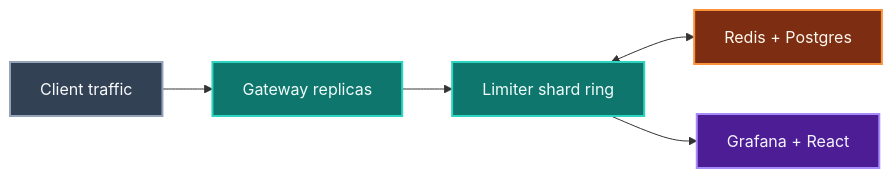
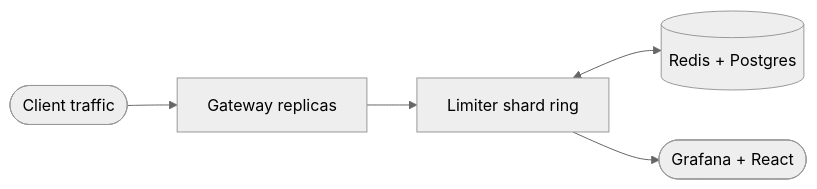
The diagram in README.md (Git-ShivamPatil/distributed-rate-limiter-gateway), drawn with Mermaid before and after one commit. The commit also changed other lines of this file and 1 other file, not shown here.

````diff
--- a/README.md
+++ b/README.md
@@ -32,22 +57,12 @@
 ```mermaid
+%%{init: {'theme':'neutral'}}%%
 flowchart LR
-    N0["Client traffic"]
+    N0(["Client traffic"])
     N1["Gateway replicas"]
     N2["Limiter shard ring"]
-    N3["Redis + Postgres"]
-    N4["Grafana + React"]
+    N3[("Redis + Postgres")]
+    N4(["Grafana + React"])
 
-    N0 --> N1
-    N1 --> N2
-    N2 <--> N3
+    N0 --> N1 --> N2 <--> N3
     N2 --> N4
-
-    classDef input fill:#334155,stroke:#94a3b8,stroke-width:2px,color:#f8fafc
-    classDef core fill:#0f766e,stroke:#2dd4bf,stroke-width:2px,color:#f0fdfa
-    classDef store fill:#7c2d12,stroke:#fb923c,stroke-width:2px,color:#fff7ed
-    classDef output fill:#4c1d95,stroke:#a78bfa,stroke-width:2px,color:#f5f3ff
-    class N0 input
-    class N1,N2 core
-    class N3 store
-    class N4 output
 ```
````
